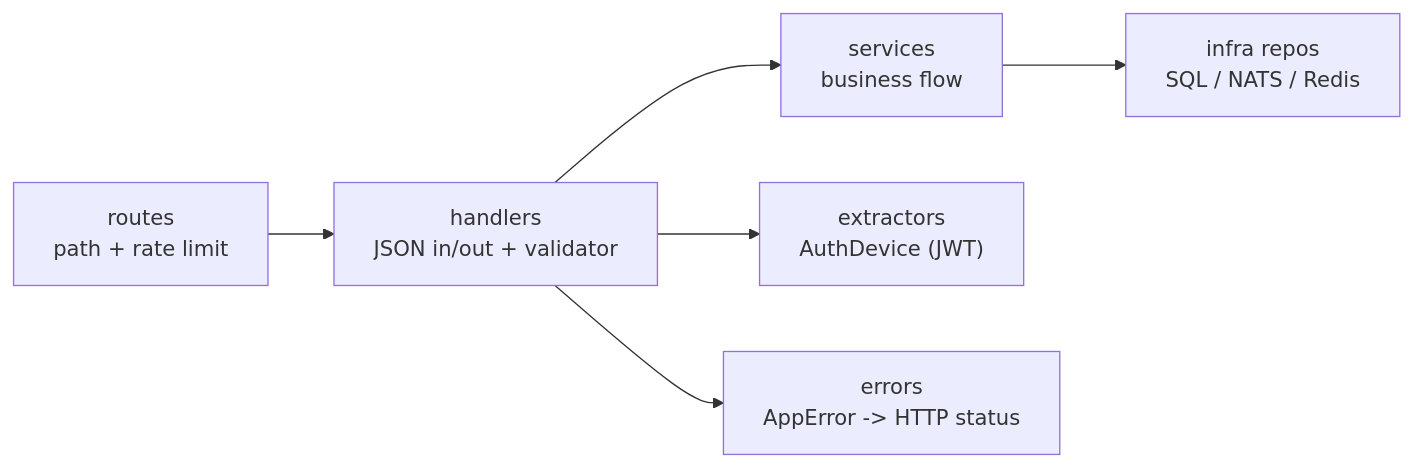
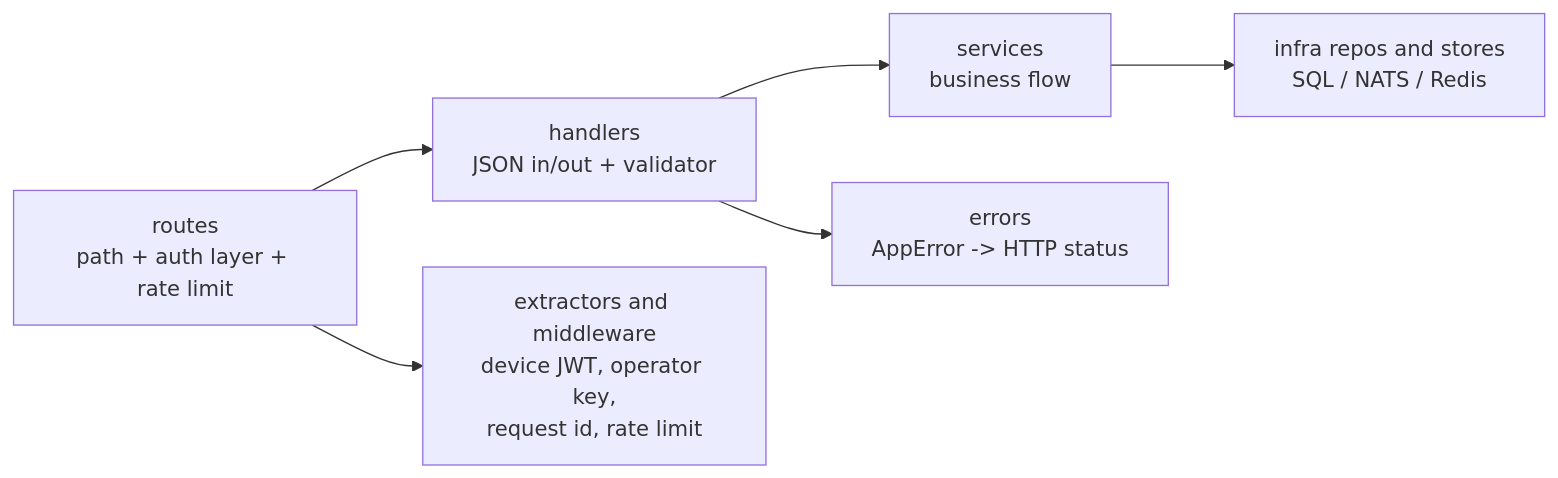
One commit to MuaazTasawar/pulsegrid changed the tenth of 14 diagrams in README.md. Above: the diagram before and after it, drawn with Mermaid. The commit also changed other lines of this file and 4 other files, not shown here.

````diff
--- a/README.md
+++ b/README.md
@@ -372,8 +461,8 @@
 ```mermaid
 flowchart LR
-    R["routes<br/>path + rate limit"] --> H["handlers<br/>JSON in/out + validator"]
+    R["routes<br/>path + auth layer + rate limit"] --> H["handlers<br/>JSON in/out + validator"]
     H --> S["services<br/>business flow"]
-    S --> I["infra repos<br/>SQL / NATS / Redis"]
-    H --> E["extractors<br/>AuthDevice (JWT)"]
+    S --> I["infra repos and stores<br/>SQL / NATS / Redis"]
+    R --> E["extractors and middleware<br/>device JWT, operator key,<br/>request id, rate limit"]
     H --> ER["errors<br/>AppError -> HTTP status"]
 ```
````
